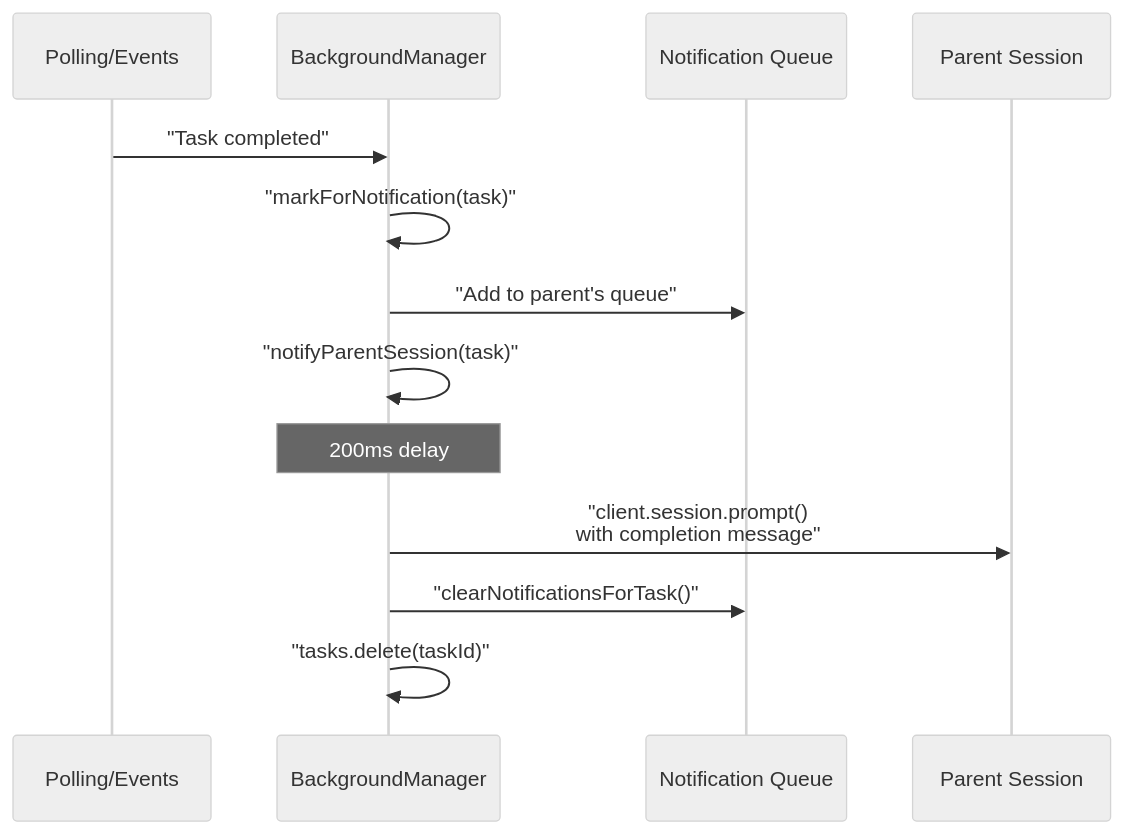
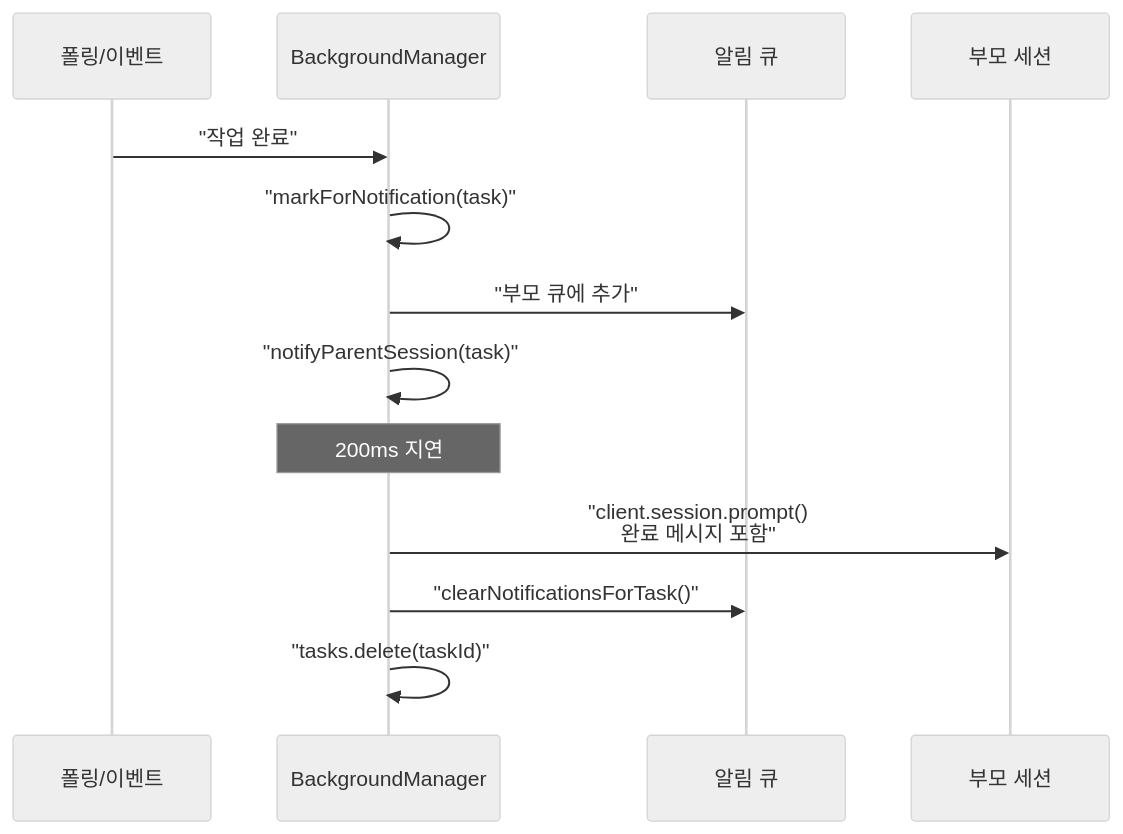
Before and after one commit to felipetruman/oh-my-opencode-docs: diagram 14 of 14 in docs/background-execution/task-execution-and-polling.md, drawn with Mermaid (neutral theme). The commit also changed other lines of this file and 76 other files, not shown here.

````diff
--- a/docs/background-execution/task-execution-and-polling.md
+++ b/docs/background-execution/task-execution-and-polling.md
@@ -596,16 +596,16 @@
 ```mermaid
 sequenceDiagram
-  participant p1 as Polling/Events
+  participant p1 as 폴링/이벤트
   participant p2 as BackgroundManager
-  participant p3 as Notification Queue
-  participant p4 as Parent Session
+  participant p3 as 알림 큐
+  participant p4 as 부모 세션
 
-  p1->>p2: "Task completed"
+  p1->>p2: "작업 완료"
   p2->>p2: "markForNotification(task)"
-  p2->>p3: "Add to parent's queue"
+  p2->>p3: "부모 큐에 추가"
   p2->>p2: "notifyParentSession(task)"
-  note over p2: 200ms delay
-  p2->>p4: "client.session.prompt()<br/>with completion message"
+  note over p2: 200ms 지연
+  p2->>p4: "client.session.prompt()<br/>완료 메시지 포함"
   p2->>p3: "clearNotificationsForTask()"
   p2->>p2: "tasks.delete(taskId)"
 ```
````
